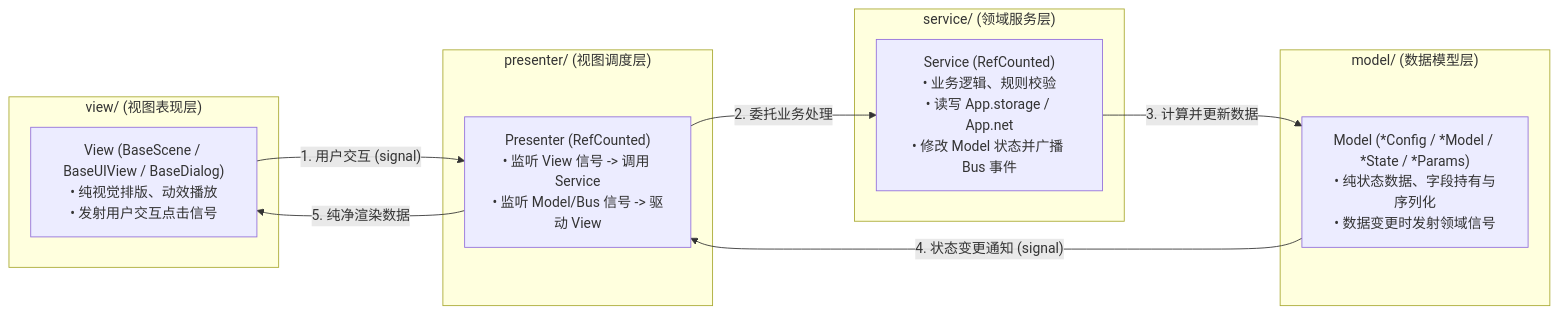
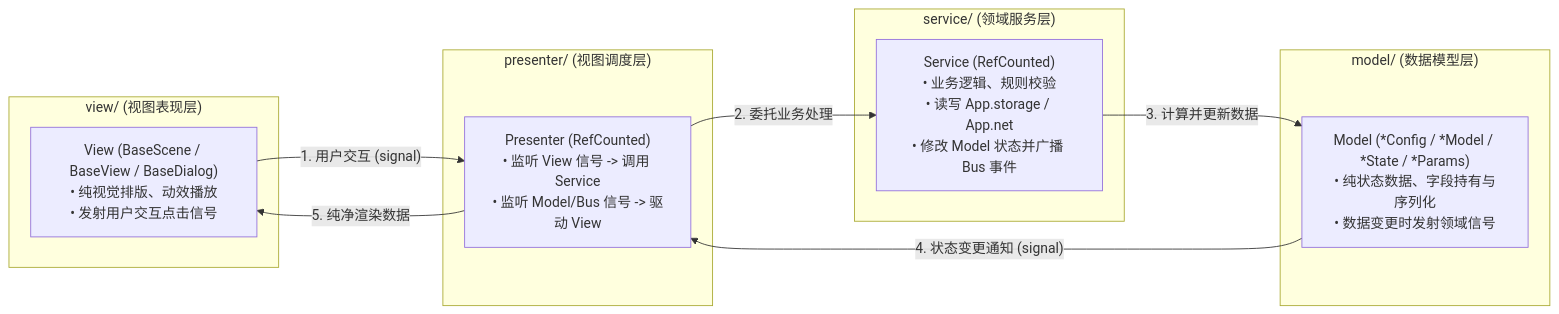
Before and after one commit to krace-tx/slacker-survivors: the first of 2 diagrams in src/game/_doc_game.md, drawn with Mermaid. The commit also changed other lines of this file and 90 other files, not shown here.

Commit message:
refactor(game): restructure shared 4-pillar architecture, bootstrap scene, and splash feature

````diff
--- a/src/game/_doc_game.md
+++ b/src/game/_doc_game.md
@@ -68,24 +68,24 @@
 ```mermaid
 flowchart LR
     subgraph View_Dir ["view/ (视图表现层)"]
-        View["View (BaseScene / BaseUIView / BaseDialog)<br>• 纯视觉排版、动效播放<br>• 发射用户交互点击信号"]
+        View["View (BaseScene / BaseView / BaseDialog)<br>• 纯视觉排版、动效播放<br>• 发射用户交互点击信号"]
     end
 
     subgraph Presenter_Dir ["presenter/ (视图调度层)"]
         Presenter["Presenter (RefCounted)<br>• 监听 View 信号 -> 调用 Service<br>• 监听 Model/Bus 信号 -> 驱动 View"]
     end
 
     subgraph Service_Dir ["service/ (领域服务层)"]
         Service["Service (RefCounted)<br>• 业务逻辑、规则校验<br>• 读写 App.storage / App.net<br>• 修改 Model 状态并广播 Bus 事件"]
     end
 
     subgraph Model_Dir ["model/ (数据模型层)"]
         Model["Model (*Config / *Model / *State / *Params)<br>• 纯状态数据、字段持有与序列化<br>• 数据变更时发射领域信号"]
     end
 
     View --"1. 用户交互 (signal)"--> Presenter
     Presenter --"2. 委托业务处理"--> Service
     Service --"3. 计算并更新数据"--> Model
     Model --"4. 状态变更通知 (signal)"--> Presenter
     Presenter --"5. 纯净渲染数据"--> View
 ```
````
